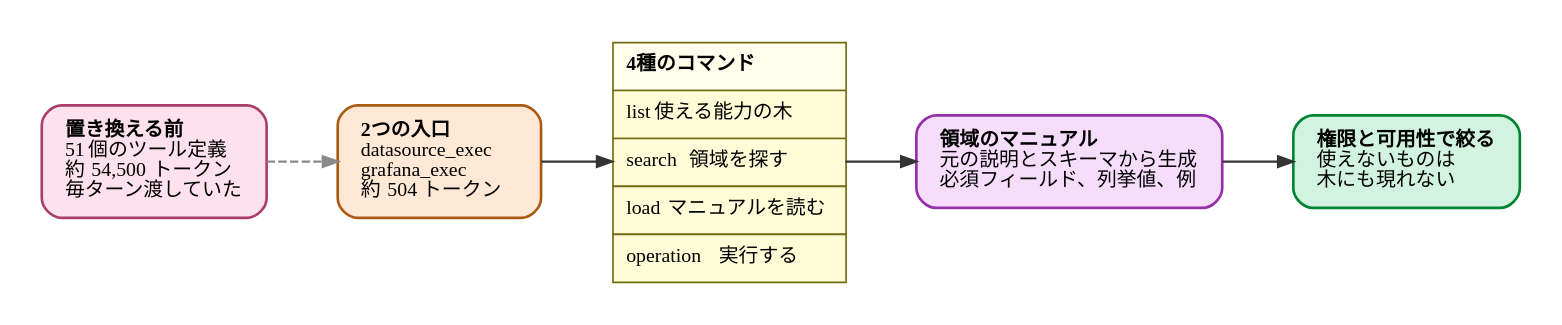
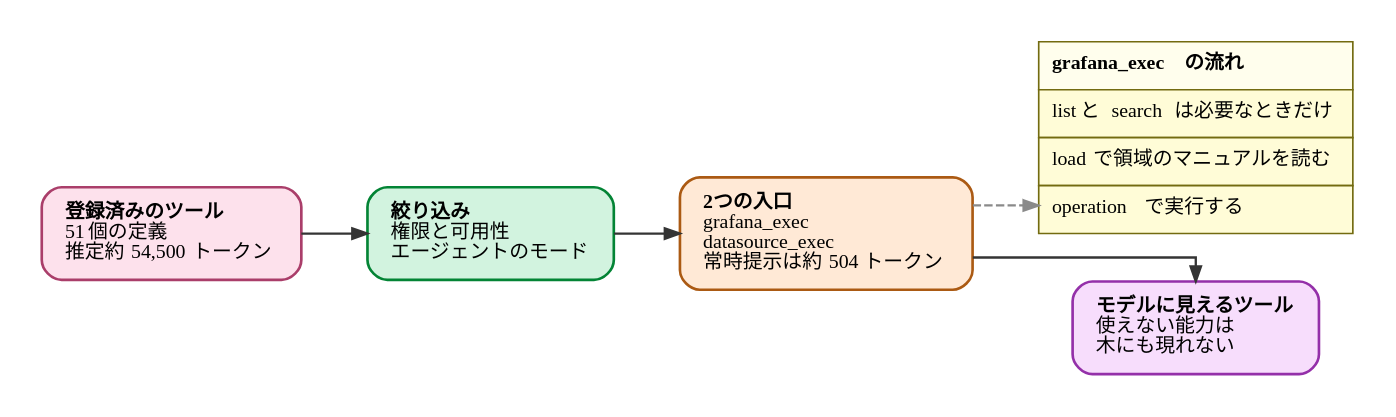
Before and after one commit to ymotongpoo/zenn.dev: the diagram in diagrams/20261002-what-made-agents-better/20261002-tool-facade.dot, drawn with Graphviz. The commit also changed 9 other files, not shown here.

First line of the commit message:
fix(articles): 第三者査読で挙がった致命的な指摘を反映し図3を作り直す

```diff
--- a/diagrams/20261002-what-made-agents-better/20261002-tool-facade.dot
+++ b/diagrams/20261002-what-made-agents-better/20261002-tool-facade.dot
@@ -1,61 +1,66 @@
-// 記事「測ってみたら、モデルではなかった」用。
-// 51個のツール定義（約54,500トークン）を毎ターン渡す代わりに、
-// 2つの入口から必要な領域のマニュアルだけを読み込む。
-// マニュアルは元のツールの説明とJSONスキーマから生成する（第2の説明を保守しない）。
+// 記事「品質を動かしたのはツールとプロンプトだった」用。
+// 原文の処理順序に従う:
+//   registered tools -> availability and permission filtering
+//   -> current agent-mode filtering -> progressive-discovery facade -> model-visible tools
+// 初版は facade -> commands -> manual -> filtered の順で描いており、
+// 権限検査が最後に来るため本文と矛盾していた（査読 R-02）。
+//
+// 4つのコマンド（list/search/load/operation）は grafana_exec のものであり、
+// datasource_exec は別の構文を持つ。両入口の後ろに同じ4コマンド表を置くと
+// 構文を混同させるので、grafana_exec の側にだけコマンド体系を示す。
 digraph tool_facade {
   graph [
     fontname="IBM Plex Sans JP", fontsize=13,
     rankdir=LR,
     compound=true, splines=ortho,
-    nodesep=0.4, ranksep=0.6, pad=0.25,
+    nodesep=0.4, ranksep=0.55, pad=0.25,
     bgcolor="white", newrank=true
   ];
   node [
     fontname="IBM Plex Sans JP", fontsize=12,
     shape=box, style="rounded,filled",
     fillcolor="#F1F1F1", color="#4A4A4A", penwidth=1.6,
     margin="0.2,0.14"
   ];
   edge [
     fontname="IBM Plex Sans JP", fontsize=11,
     color="#343434", penwidth=1.4, arrowsize=0.9,
     fontcolor="#171717"
   ];
 
-  before [
+  registered [
     fillcolor="#FDE1EC", color="#AA3E6A",
-    label=<<b>置き換える前</b><br align="left"/><font face="JetBrains Mono">51</font> 個のツール定義<br align="left"/>約 <font face="JetBrains Mono">54,500</font> トークン<br align="left"/>毎ターン渡していた<br align="left"/>>
+    label=<<b>登録済みのツール</b><br align="left"/><font face="JetBrains Mono">51</font> 個の定義<br align="left"/>推定約 <font face="JetBrains Mono">54,500</font> トークン<br align="left"/>>
+  ];
+
+  filtering [
+    fillcolor="#D2F3DF", color="#038435",
+    label=<<b>絞り込み</b><br align="left"/>権限と可用性<br align="left"/>エージェントのモード<br align="left"/>>
   ];
 
   facade [
     fillcolor="#FFE9D6", color="#AB5A13",
-    label=<<b>2つの入口</b><br align="left"/><font face="JetBrains Mono">datasource_exec</font><br align="left"/><font face="JetBrains Mono">grafana_exec</font><br align="left"/>約 <font face="JetBrains Mono">504</font> トークン<br align="left"/>>
+    label=<<b>2つの入口</b><br align="left"/><font face="JetBrains Mono">grafana_exec</font><br align="left"/><font face="JetBrains Mono">datasource_exec</font><br align="left"/>常時提示は約 <font face="JetBrains Mono">504</font> トークン<br align="left"/>>
   ];
 
   commands [
     shape=plain, style="",
     label=<
       <table border="0" cellborder="1" cellspacing="0" cellpadding="7" color="#736B10">
-        <tr><td align="left" bgcolor="#FFFEED"><b>4種のコマンド</b></td></tr>
-        <tr><td align="left" bgcolor="#FFFCD7"><font face="JetBrains Mono">list</font> 使える能力の木</td></tr>
-        <tr><td align="left" bgcolor="#FFFCD7"><font face="JetBrains Mono">search</font> 領域を探す</td></tr>
-        <tr><td align="left" bgcolor="#FFFCD7"><font face="JetBrains Mono">load</font> マニュアルを読む</td></tr>
-        <tr><td align="left" bgcolor="#FFFCD7"><font face="JetBrains Mono">operation</font> 実行する</td></tr>
+        <tr><td align="left" bgcolor="#FFFEED"><b><font face="JetBrains Mono">grafana_exec</font> の流れ</b></td></tr>
+        <tr><td align="left" bgcolor="#FFFCD7"><font face="JetBrains Mono">list</font> と <font face="JetBrains Mono">search</font> は必要なときだけ</td></tr>
+        <tr><td align="left" bgcolor="#FFFCD7"><font face="JetBrains Mono">load</font> で領域のマニュアルを読む</td></tr>
+        <tr><td align="left" bgcolor="#FFFCD7"><font face="JetBrains Mono">operation</font> で実行する</td></tr>
       </table>>
   ];
 
-  manual [
+  visible [
     fillcolor="#F7DDFC", color="#9430A9",
-    label=<<b>領域のマニュアル</b><br align="left"/>元の説明とスキーマから生成<br align="left"/>必須フィールド、列挙値、例<br align="left"/>>
+    label=<<b>モデルに見えるツール</b><br align="left"/>使えない能力は<br align="left"/>木にも現れない<br align="left"/>>
   ];
 
-  filtered [
-    fillcolor="#D2F3DF", color="#038435",
-    label=<<b>権限と可用性で絞る</b><br align="left"/>使えないものは<br align="left"/>木にも現れない<br align="left"/>>
-  ];
-
-  before -> facade [style=dashed, color="#8A8A8A"];
-  facade -> commands;
-  commands -> manual;
-  manual -> filtered;
+  registered -> filtering;
+  filtering -> facade;
+  facade -> visible;
+  facade -> commands [style=dashed, color="#8A8A8A"];
 }
```
